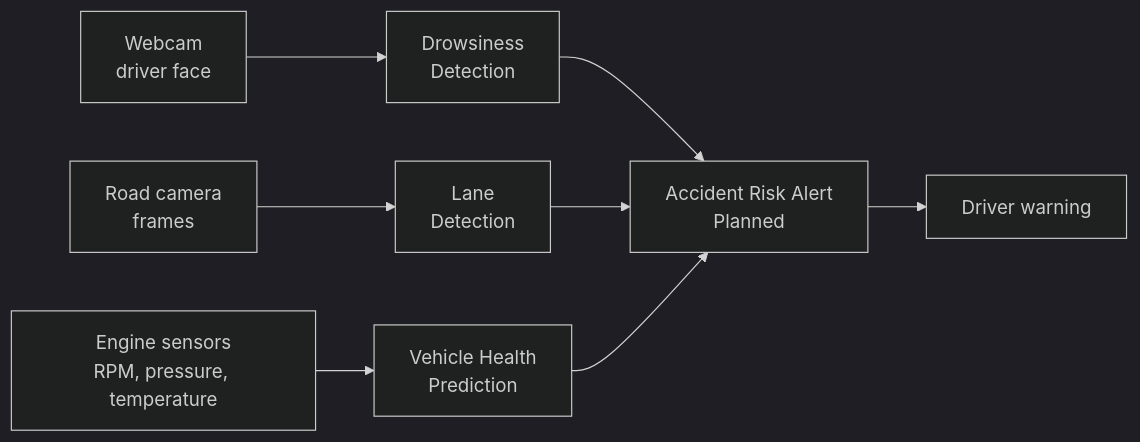
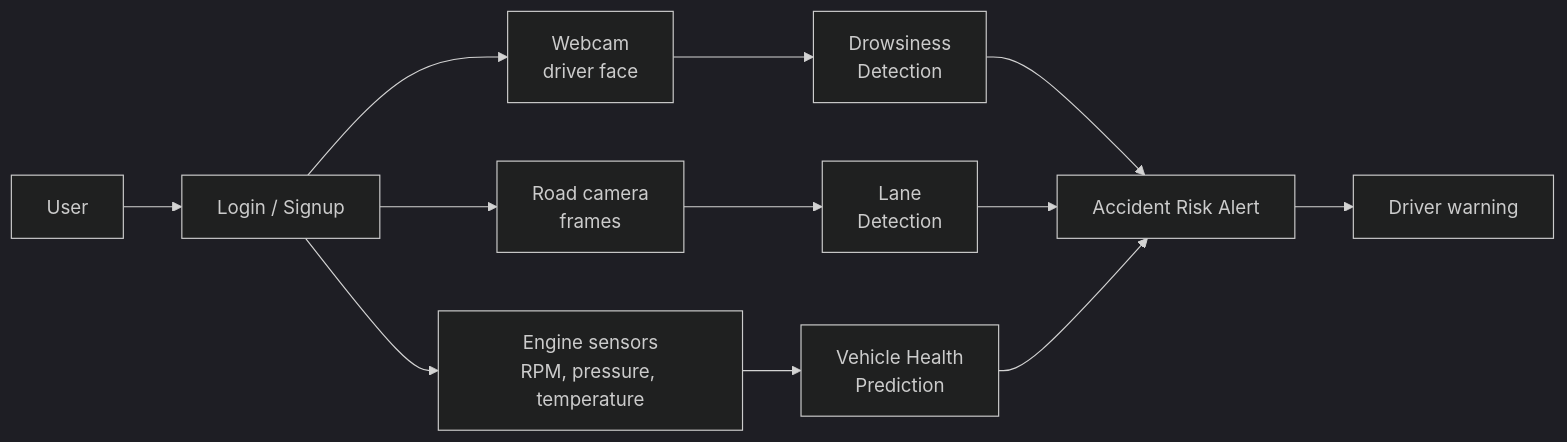
One commit to JiyaBatra/DriveSense_Ai changed the first of 8 diagrams in Readme.md. Above: the diagram before and after it, drawn with Mermaid (dark theme). The commit also changed other lines of this file, not shown here.

````diff
--- a/Readme.md
+++ b/Readme.md
@@ -16,10 +17,14 @@
 ```mermaid
 flowchart LR
-    A[Webcam<br/>driver face] --> B[Drowsiness<br/>Detection]
-    C[Road camera<br/>frames] --> D[Lane<br/>Detection]
-    E[Engine sensors<br/>RPM, pressure, temperature] --> F[Vehicle Health<br/>Prediction]
-    B --> G[Accident Risk Alert<br/>Planned]
+    U[User] --> L[Login / Signup]
+    L --> A[Webcam<br/>driver face]
+    L --> C[Road camera<br/>frames]
+    L --> E[Engine sensors<br/>RPM, pressure, temperature]
+    A --> B[Drowsiness<br/>Detection]
+    C --> D[Lane<br/>Detection]
+    E --> F[Vehicle Health<br/>Prediction]
+    B --> G[Accident Risk Alert]
     D --> G
     F --> G
     G --> H[Driver warning]
 ```
````
